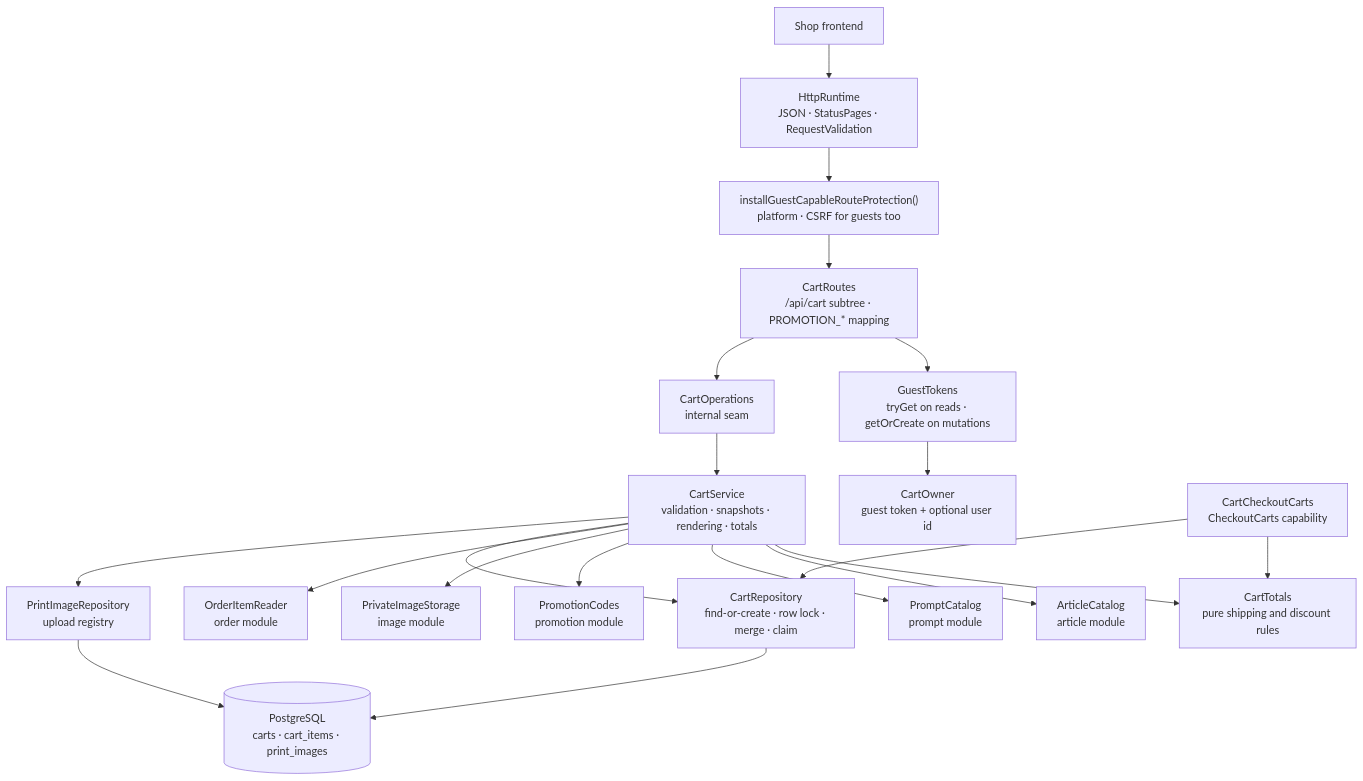
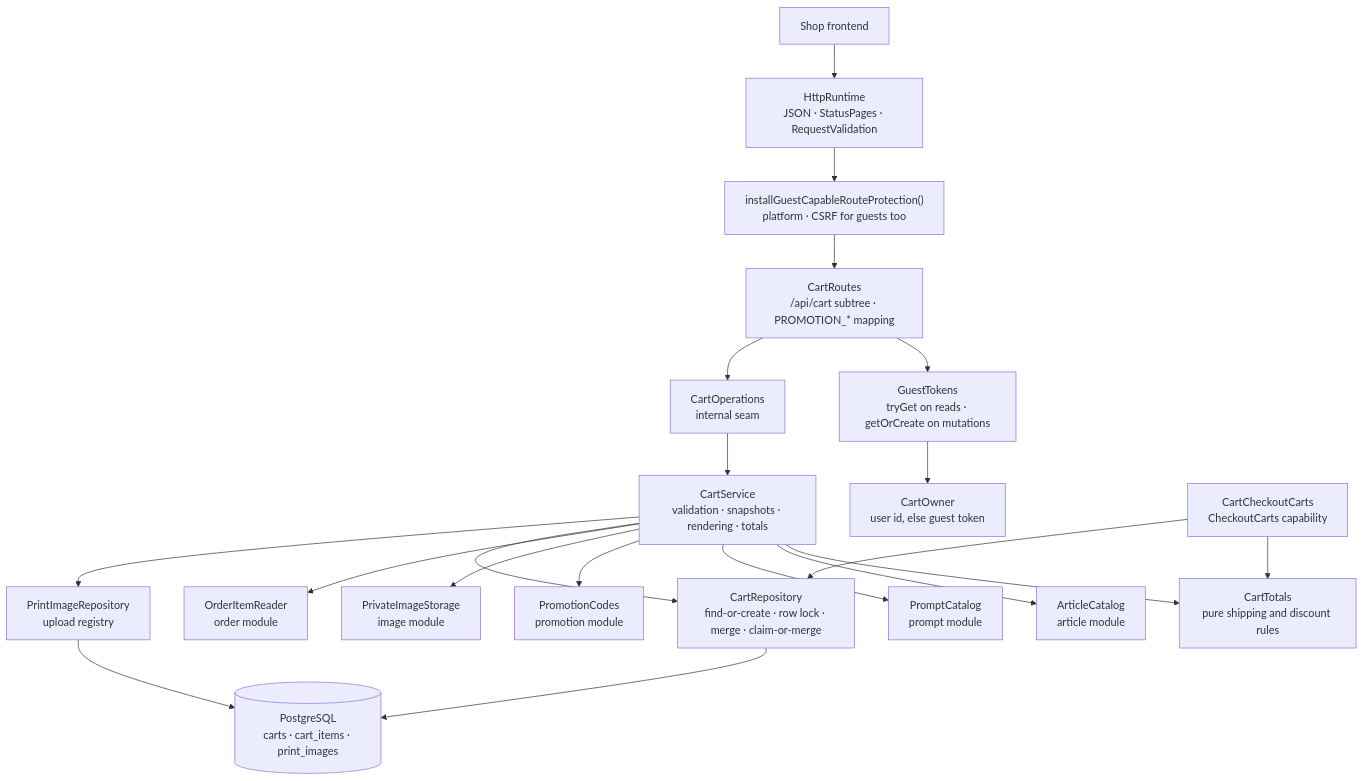
Before and after one commit to bitstorm-tech/voenix-shop-kotlin: the diagram in docs/dev/backend/cart-package.md, drawn with Mermaid. The commit also changed other lines of this file and 31 other files, not shown here.

First line of the commit message:
Hardening #77: cart identity by user id, login merge, token rotation

````diff
--- a/docs/dev/backend/cart-package.md
+++ b/docs/dev/backend/cart-package.md
@@ -30,35 +32,35 @@
 ```mermaid
 flowchart TB
     Client["Shop frontend"]
     Http["HttpRuntime<br/>JSON · StatusPages · RequestValidation"]
     Csrf["installGuestCapableRouteProtection()<br/>platform · CSRF for guests too"]
     Routes["CartRoutes<br/>/api/cart subtree · PROMOTION_* mapping"]
     Guest["GuestTokens<br/>tryGet on reads · getOrCreate on mutations"]
-    Owner["CartOwner<br/>guest token + optional user id"]
+    Owner["CartOwner<br/>user id, else guest token"]
     Operations["CartOperations<br/>internal seam"]
     Service["CartService<br/>validation · snapshots · rendering · totals"]
     Totals["CartTotals<br/>pure shipping and discount rules"]
     Articles["ArticleCatalog<br/>article module"]
     Prompts["PromptCatalog<br/>prompt module"]
     Promotions["PromotionCodes<br/>promotion module"]
     Storage["PrivateImageStorage<br/>image module"]
     Ordered["OrderItemReader<br/>order module"]
     Checkout["CartCheckoutCarts<br/>CheckoutCarts capability"]
-    Repository["CartRepository<br/>find-or-create · row lock · merge · claim"]
+    Repository["CartRepository<br/>find-or-create · row lock · merge · claim-or-merge"]
     Images["PrintImageRepository<br/>upload registry"]
     Tables[("PostgreSQL<br/>carts · cart_items · print_images")]
 
     Client --> Http --> Csrf --> Routes
     Routes --> Guest --> Owner
     Routes --> Operations --> Service
     Service --> Totals
     Service --> Articles
     Service --> Prompts
     Service --> Promotions
     Service --> Storage
     Service --> Ordered
     Service --> Repository --> Tables
     Service --> Images --> Tables
     Checkout --> Totals
     Checkout --> Repository
 ```
````
